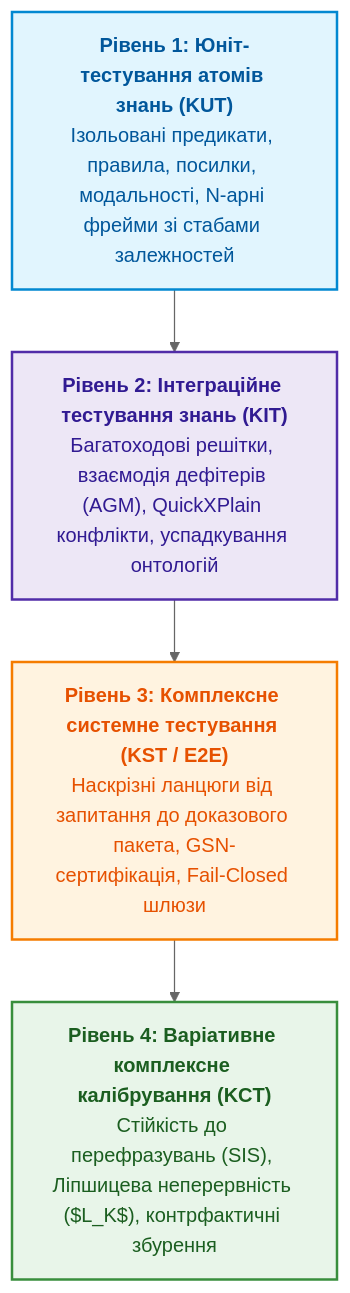
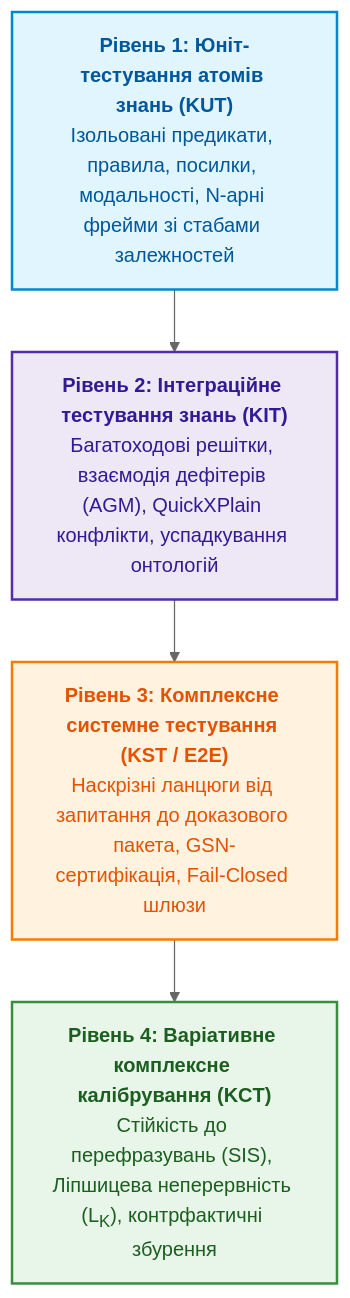
The second of 3 diagrams in ExpertSystem/article-knowledge-unit-testing-and-complex-verification.md (nick-fedchik/articles), drawn with Mermaid (neutral theme) before and after one commit. The commit also changed other lines of this file and 10 other files, not shown here.

Commit message:
ExpertSystem: fix math formulas and rendering (ch19 lost backslash, ch35 entropy balance and bold xi, upright multi-letter identifiers, table pipe and Mermaid math in knowledge-unit-testing article)

````diff
--- a/ExpertSystem/article-knowledge-unit-testing-and-complex-verification.md
+++ b/ExpertSystem/article-knowledge-unit-testing-and-complex-verification.md
@@ -43,22 +43,22 @@
 ```mermaid
 flowchart TD
     accTitle: Піраміда тестування знань (Knowledge Testing Pyramid)
     accDescr: Чотири рівні забезпечення якості від ізольованих юніт-тестів до варіативного комплексного калібрування.
 
-    L4["<b>Рівень 4: Варіативне комплексне калібрування (KCT)</b><br/>Стійкість до перефразувань (SIS), Ліпшицева неперервність ($L_K$), контрфактичні збурення"]
+    L4["<b>Рівень 4: Варіативне комплексне калібрування (KCT)</b><br/>Стійкість до перефразувань (SIS), Ліпшицева неперервність (L<sub>K</sub>), контрфактичні збурення"]
     L3["<b>Рівень 3: Комплексне системне тестування (KST / E2E)</b><br/>Наскрізні ланцюги від запитання до доказового пакета, GSN-сертифікація, Fail-Closed шлюзи"]
     L2["<b>Рівень 2: Інтеграційне тестування знань (KIT)</b><br/>Багатоходові решітки, взаємодія дефітерів (AGM), QuickXPlain конфлікти, успадкування онтологій"]
     L1["<b>Рівень 1: Юніт-тестування атомів знань (KUT)</b><br/>Ізольовані предикати, правила, посилки, модальності, N-арні фрейми зі стабами залежностей"]
 
     L1 --> L2 --> L3 --> L4
 
     classDef l1 fill:#e1f5fe,stroke:#0288d1,stroke-width:2px,color:#01579b;
     classDef l2 fill:#ede7f6,stroke:#512da8,stroke-width:2px,color:#311b92;
     classDef l3 fill:#fff3e0,stroke:#f57c00,stroke-width:2px,color:#e65100;
     classDef l4 fill:#e8f5e9,stroke:#388e3c,stroke-width:2px,color:#1b5e20;
 
     class L1 l1;
     class L2 l2;
     class L3 l3;
     class L4 l4;
 ```
````
